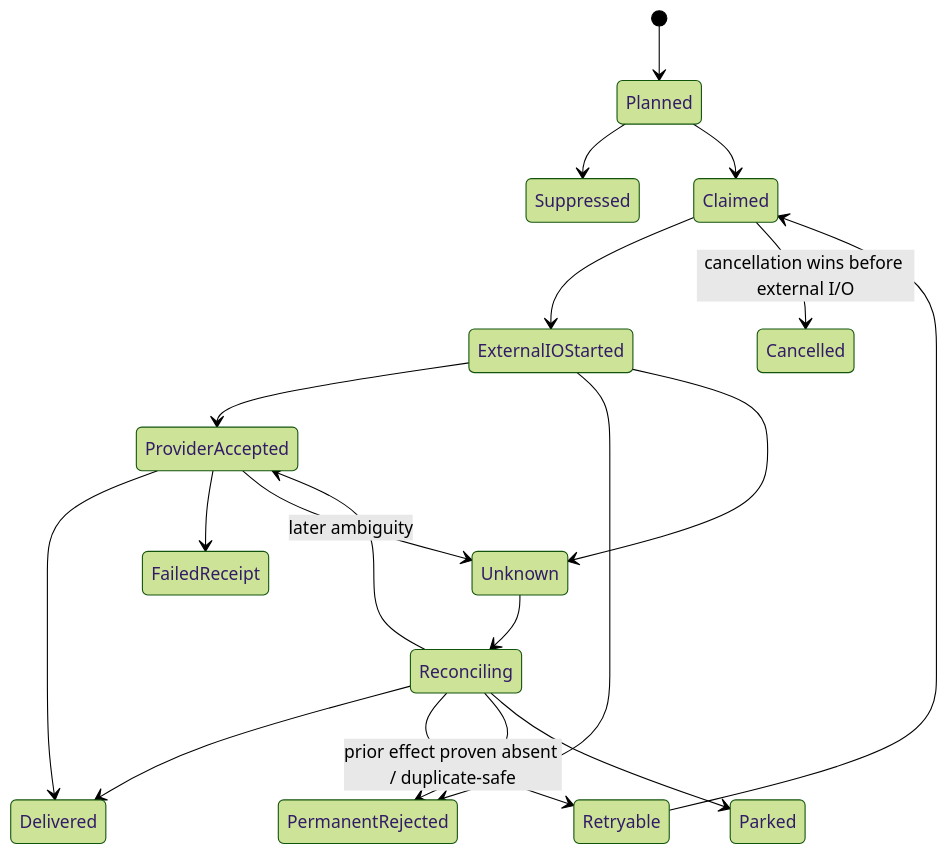
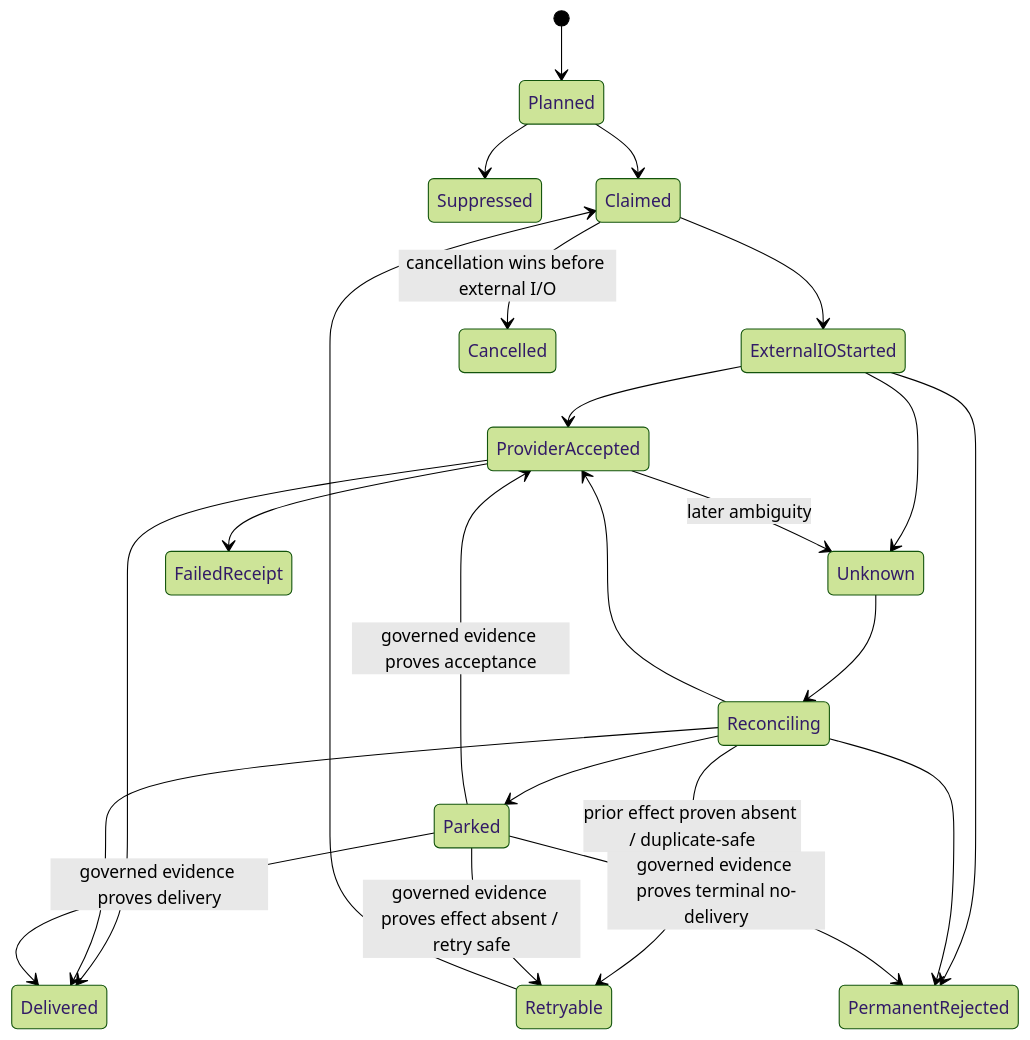
One commit to anshacerbia2/scnehaux-architecture changed the eighth of 9 diagrams in 04-system/scnehaux-notification-platform/scnehaux-notification-platform.sad.md. Above: the diagram before and after it, drawn with Mermaid (forest theme). The commit also changed other lines of this file and 1 other file, not shown here.

Commit message:
fix(notification): align governed parked outcome resolution

````diff
--- a/04-system/scnehaux-notification-platform/scnehaux-notification-platform.sad.md
+++ b/04-system/scnehaux-notification-platform/scnehaux-notification-platform.sad.md
@@ -447,25 +447,30 @@
 ```mermaid
 stateDiagram-v2
     [*] --> Planned
     Planned --> Suppressed
     Planned --> Claimed
     Claimed --> ExternalIOStarted
     Claimed --> Cancelled: cancellation wins before external I/O
 
     ExternalIOStarted --> ProviderAccepted
     ExternalIOStarted --> PermanentRejected
     ExternalIOStarted --> Unknown
 
     ProviderAccepted --> Delivered
     ProviderAccepted --> FailedReceipt
     ProviderAccepted --> Unknown: later ambiguity
 
     Unknown --> Reconciling
     Reconciling --> Delivered
     Reconciling --> ProviderAccepted
     Reconciling --> Retryable: prior effect proven absent / duplicate-safe
     Reconciling --> PermanentRejected
     Reconciling --> Parked
 
+    Parked --> Retryable: governed evidence proves effect absent / retry safe
+    Parked --> ProviderAccepted: governed evidence proves acceptance
+    Parked --> Delivered: governed evidence proves delivery
+    Parked --> PermanentRejected: governed evidence proves terminal no-delivery
+
     Retryable --> Claimed
 ```
````
